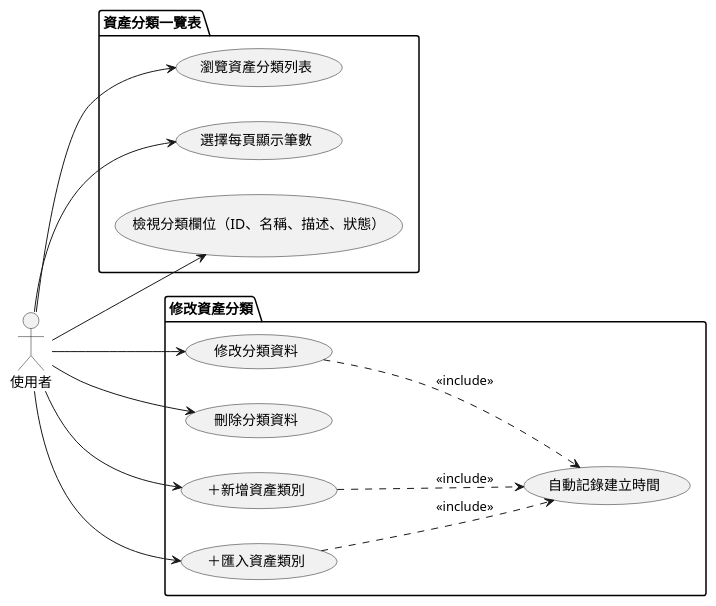
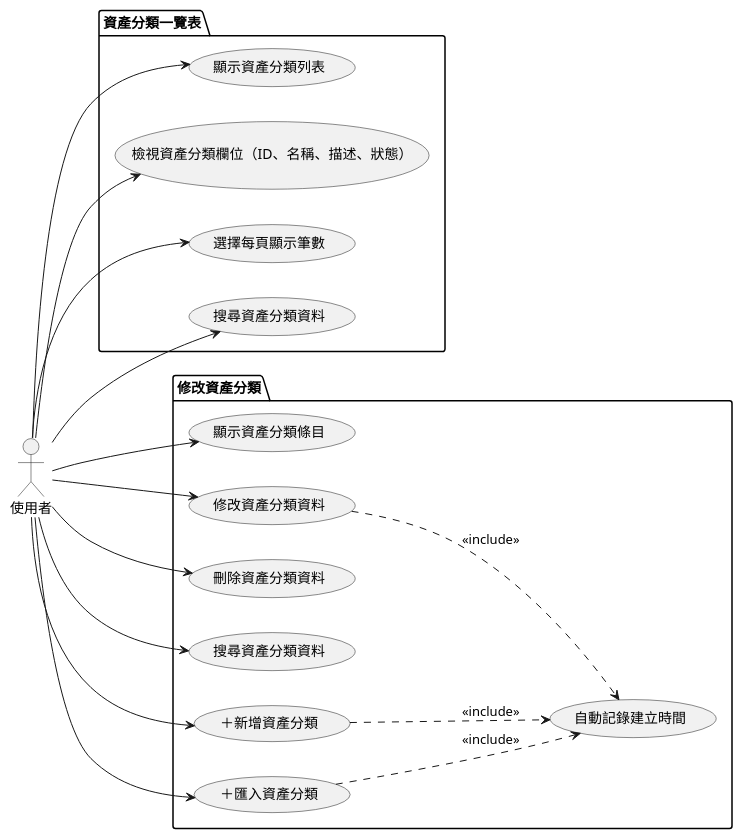
Before and after one commit to walle45611/NTUB_SecuManag_Diagram: the diagram in mermaid/use_case/asset ccategory_overview&edit.puml, drawn with PlantUML. The commit also changed 6 other files, not shown here.

```diff
--- a/mermaid/use_case/asset ccategory_overview&edit.puml
+++ b/mermaid/use_case/asset ccategory_overview&edit.puml
@@ -1,33 +1,39 @@
 @startuml
 
 left to right direction
 
 actor 使用者
 
 package "資產分類一覽表" {
-    usecase "瀏覽資產分類列表" as UC1
-    usecase "選擇每頁顯示筆數" as UC2
-    usecase "檢視分類欄位（ID、名稱、描述、狀態）" as UC3
+    usecase "顯示資產分類列表" as UC1
+    usecase "檢視資產分類欄位（ID、名稱、描述、狀態）" as UC2
+    usecase "選擇每頁顯示筆數" as UC3
+    usecase "搜尋資產分類資料" as UC4
 }
 
 package "修改資產分類" {
-    usecase "修改分類資料" as UC4
-    usecase "刪除分類資料" as UC5
-    usecase "＋新增資產類別" as UC6
-    usecase "＋匯入資產類別" as UC7
-    usecase "自動記錄建立時間" as UC8
+    usecase "顯示資產分類條目" as UC5
+    usecase "修改資產分類資料" as UC6
+    usecase "刪除資產分類資料" as UC7
+    usecase "搜尋資產分類資料" as UC8
+    usecase "＋新增資產分類" as UC9
+    usecase "＋匯入資產分類" as UC10
+    usecase "自動記錄建立時間" as UC11
 }
 
-UC4 .down.> UC8 : <<include>>
-UC6 .down.> UC8 : <<include>>
-UC7 .down.> UC8 : <<include>>
+UC6 .down.> UC11 : <<include>>
+UC9 .down.> UC11 : <<include>>
+UC10 .down.> UC11 : <<include>>
 
 使用者 --> UC1
 使用者 --> UC2
 使用者 --> UC3
 使用者 --> UC4
 使用者 --> UC5
 使用者 --> UC6
 使用者 --> UC7
+使用者 --> UC8
+使用者 --> UC9
+使用者 --> UC10
 
 @enduml
```
